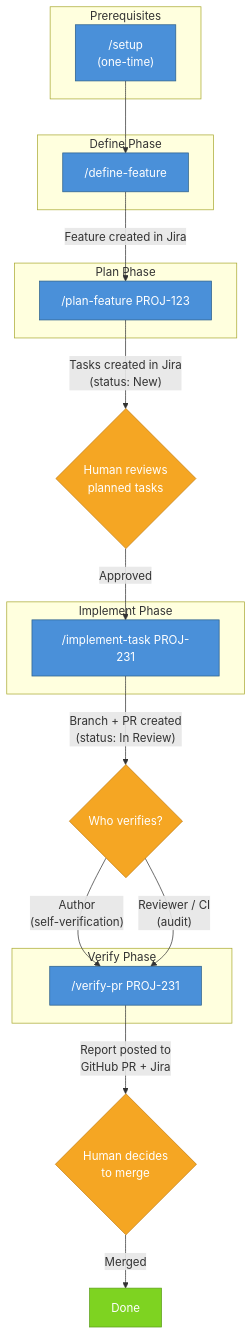
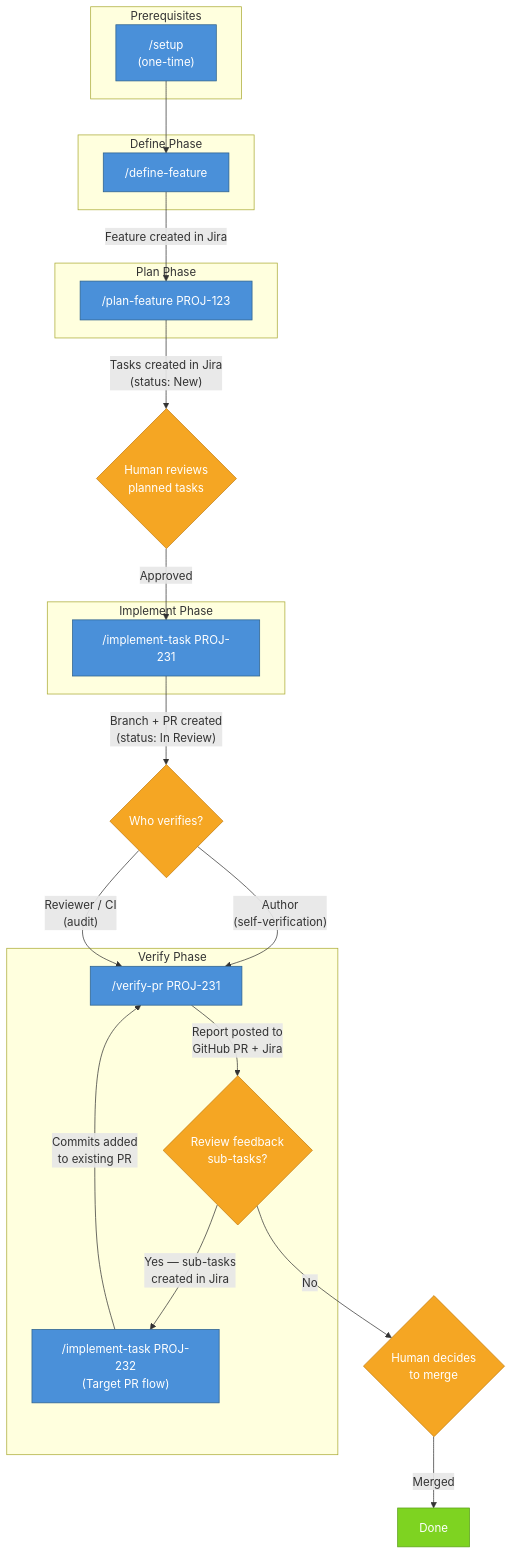
One commit to mrrajan/sdlc-plugins changed the diagram in docs/workflow.md. Above: the diagram before and after it, drawn with Mermaid. The commit also changed other lines of this file and 6 other files, not shown here.

First line of the commit message:
feat(verify-pr): add review feedback resolution and full-chain root-cause investigation

````diff
--- a/docs/workflow.md
+++ b/docs/workflow.md
@@ -7,40 +7,45 @@
 ```mermaid
 flowchart TD
     subgraph Prerequisites
         setup["/setup\n(one-time)"]
     end
 
     subgraph Define Phase
         define["/define-feature"]
     end
 
     subgraph Plan Phase
         plan["/plan-feature PROJ-123"]
     end
 
     subgraph Implement Phase
         implement["/implement-task PROJ-231"]
     end
 
     subgraph Verify Phase
         verify["/verify-pr PROJ-231"]
+        has_subtasks{"Review feedback\nsub-tasks?"}
+        implement_fix["/implement-task PROJ-232\n(Target PR flow)"]
     end
 
     setup --> define
     define -->|"Feature created in Jira"| plan
     plan -->|"Tasks created in Jira\n(status: New)"| human_review{"Human reviews\nplanned tasks"}
     human_review -->|Approved| implement
     implement -->|"Branch + PR created\n(status: In Review)"| verify_choice{"Who verifies?"}
     verify_choice -->|"Author\n(self-verification)"| verify
     verify_choice -->|"Reviewer / CI\n(audit)"| verify
-    verify -->|"Report posted to\nGitHub PR + Jira"| merge_decision{"Human decides\nto merge"}
+    verify -->|"Report posted to\nGitHub PR + Jira"| has_subtasks
+    has_subtasks -->|"Yes — sub-tasks\ncreated in Jira"| implement_fix
+    implement_fix -->|"Commits added\nto existing PR"| verify
+    has_subtasks -->|"No"| merge_decision{"Human decides\nto merge"}
     merge_decision -->|Merged| done["Done"]
 
     classDef skill fill:#4a90d9,stroke:#2c5f8a,color:#fff
     classDef human fill:#f5a623,stroke:#c47d10,color:#fff
     classDef state fill:#7ed321,stroke:#5a9e18,color:#fff
 
-    class setup,define,plan,implement,verify skill
-    class human_review,verify_choice,merge_decision human
+    class setup,define,plan,implement,verify,implement_fix skill
+    class human_review,verify_choice,has_subtasks,merge_decision human
     class done state
 ```
````
